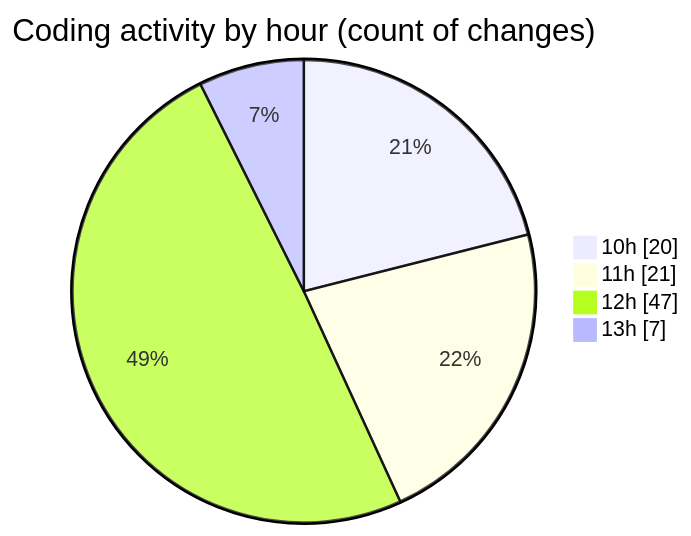
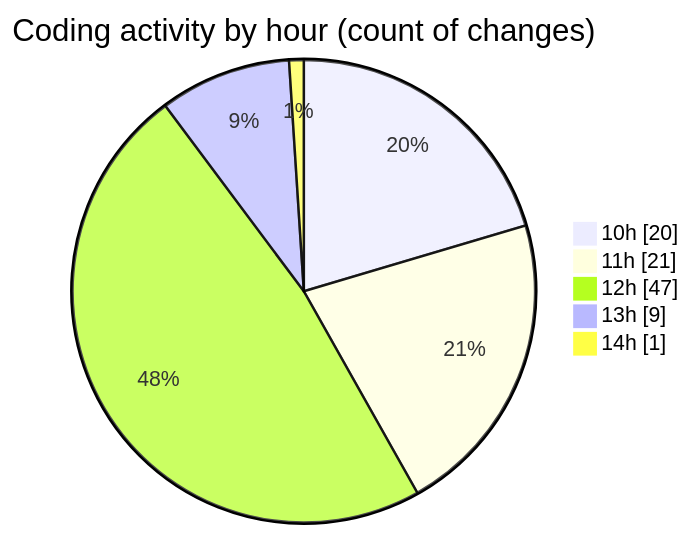
One commit to momahboobian/code-tracking changed the second of 2 diagrams in 2025-05-20/cda/README.md. Above: the diagram before and after it, drawn with Mermaid. The commit also changed other lines of this file and 1 other file, not shown here.

````diff
--- a/2025-05-20/cda/README.md
+++ b/2025-05-20/cda/README.md
@@ -46,8 +47,9 @@
 ```mermaid
 pie showData
 title Coding activity by hour (count of changes)
 "10h" : 20
 "11h" : 21
 "12h" : 47
-"13h" : 7
+"13h" : 9
+"14h" : 1
 ```
````
